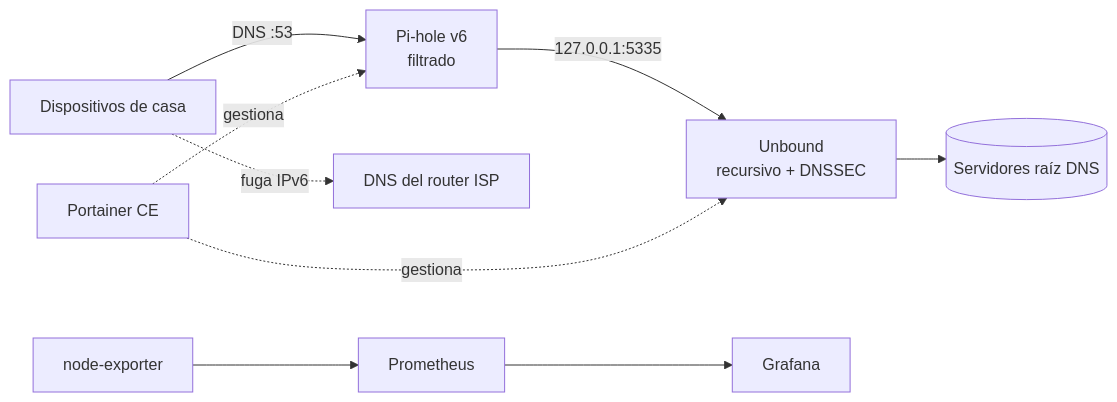
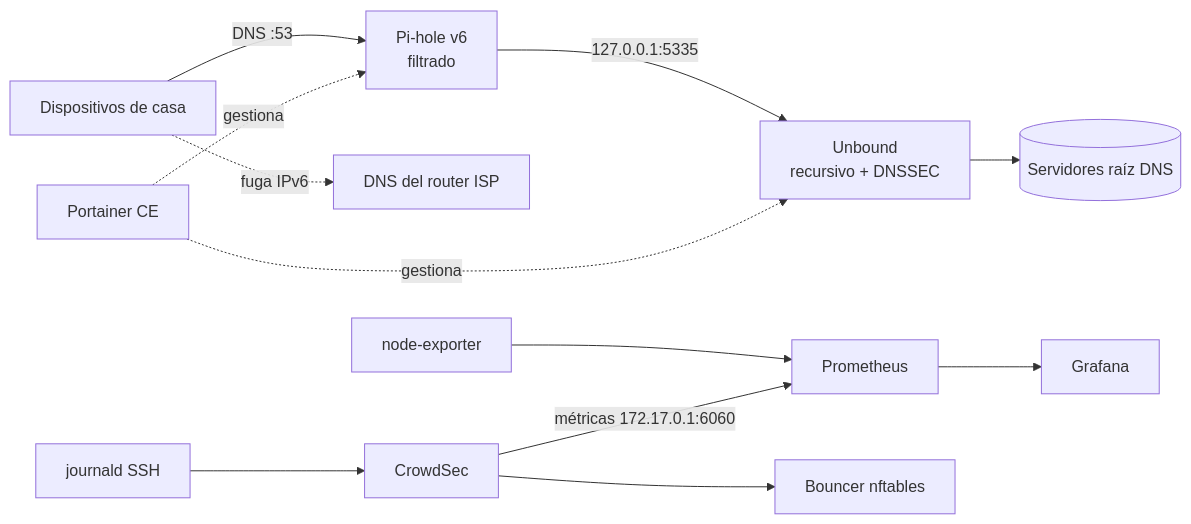
One commit to daviliyo98/minisoc-homelab changed the diagram in README.md. Above: the diagram before and after it, drawn with Mermaid. The commit also changed other lines of this file and 15 other files, not shown here.

Commit message:
websec-scanner: interfaz web, visualizacion de security.txt y fix de falso positivo (HL-007); CrowdSec en Grafana

````diff
--- a/README.md
+++ b/README.md
@@ -9,10 +9,12 @@
 ```mermaid
 flowchart LR
     D[Dispositivos de casa] -->|DNS :53| P[Pi-hole v6<br/>filtrado]
     P -->|127.0.0.1:5335| U[Unbound<br/>recursivo + DNSSEC]
     U --> R[(Servidores raíz DNS)]
     D -. fuga IPv6 .-> X[DNS del router ISP]
     PT[Portainer CE] -. gestiona .-> P
     PT -. gestiona .-> U
     NE[node-exporter] --> PR[Prometheus] --> G[Grafana]
+    J[journald SSH] --> CS[CrowdSec] --> FW[Bouncer nftables]
+    CS -->|métricas 172.17.0.1:6060| PR
 ```
````
